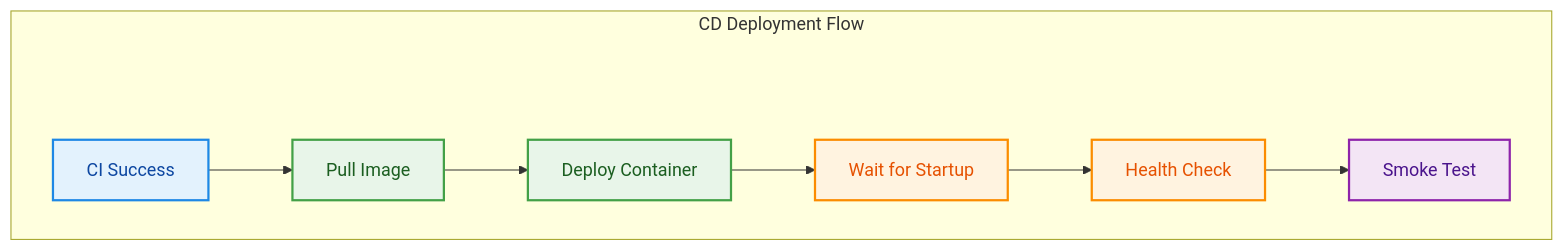
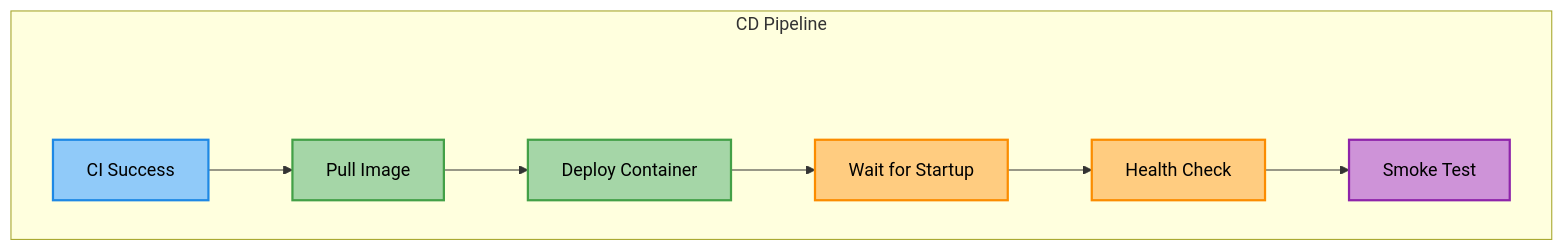
Before and after one commit to MugundhanSM/cats-dogs-mlops: the sixth of 6 diagrams in Readme.md, drawn with Mermaid. The commit also changed other lines of this file, not shown here.

````diff
--- a/Readme.md
+++ b/Readme.md
@@ -685,29 +688,30 @@
 ```mermaid
 flowchart LR
 
 %% ---------- STYLES ----------
-classDef trigger fill:#E3F2FD,stroke:#1E88E5,stroke-width:2,color:#0D47A1;
-classDef deploy fill:#E8F5E9,stroke:#43A047,stroke-width:2,color:#1B5E20;
-classDef validate fill:#FFF3E0,stroke:#FB8C00,stroke-width:2,color:#E65100;
-classDef output fill:#F3E5F5,stroke:#8E24AA,stroke-width:2,color:#4A148C;
+classDef trigger fill:#90CAF9,stroke:#1E88E5,stroke-width:2px,color:#000;
+classDef deploy fill:#A5D6A7,stroke:#43A047,stroke-width:2px,color:#000;
+classDef validate fill:#FFCC80,stroke:#FB8C00,stroke-width:2px,color:#000;
+classDef output fill:#CE93D8,stroke:#8E24AA,stroke-width:2px,color:#000;
 classDef spacer fill:none,stroke:none,color:none;
 
 %% ---------- CD PIPELINE ----------
-subgraph CD["CD Deployment Flow"]
+subgraph CD["CD Pipeline"]
 direction LR
 S1[" "]:::spacer
 
 A[CI Success] --> B[Pull Image]
 B --> C[Deploy Container]
 C --> D[Wait for Startup]
 D --> E[Health Check]
 E --> F[Smoke Test]
 
 end
 
 %% ---------- CLASS ASSIGNMENT ----------
 class A trigger;
 class B,C deploy;
 class D,E validate;
 class F output;
+class S1 spacer;
 ```
````
